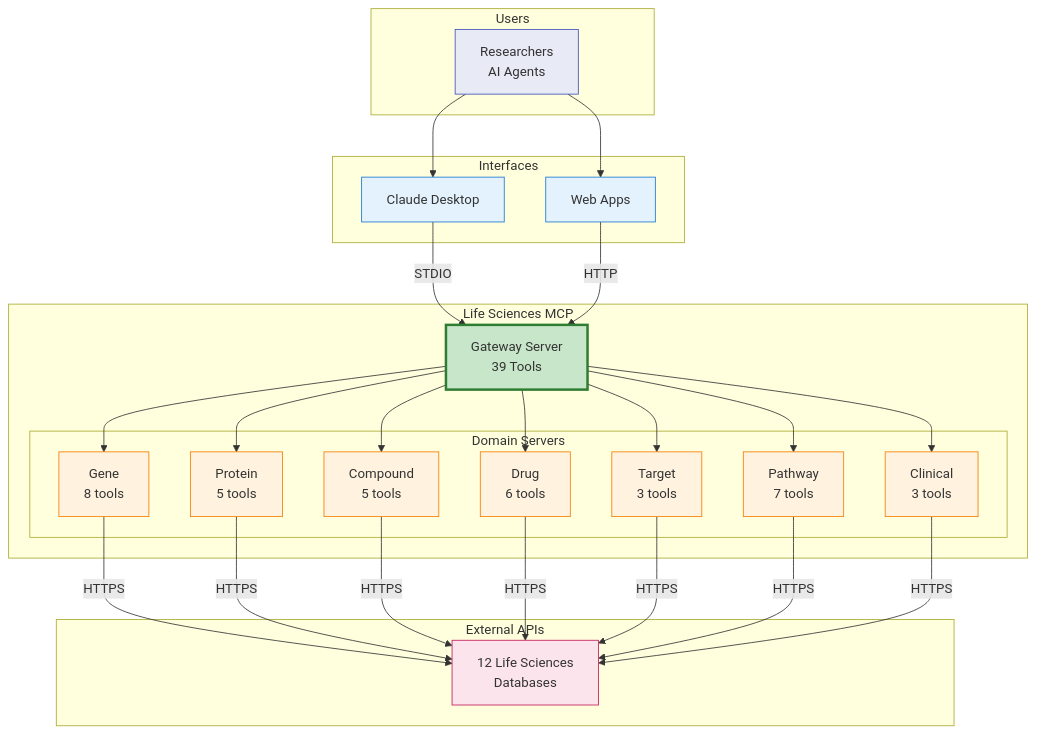
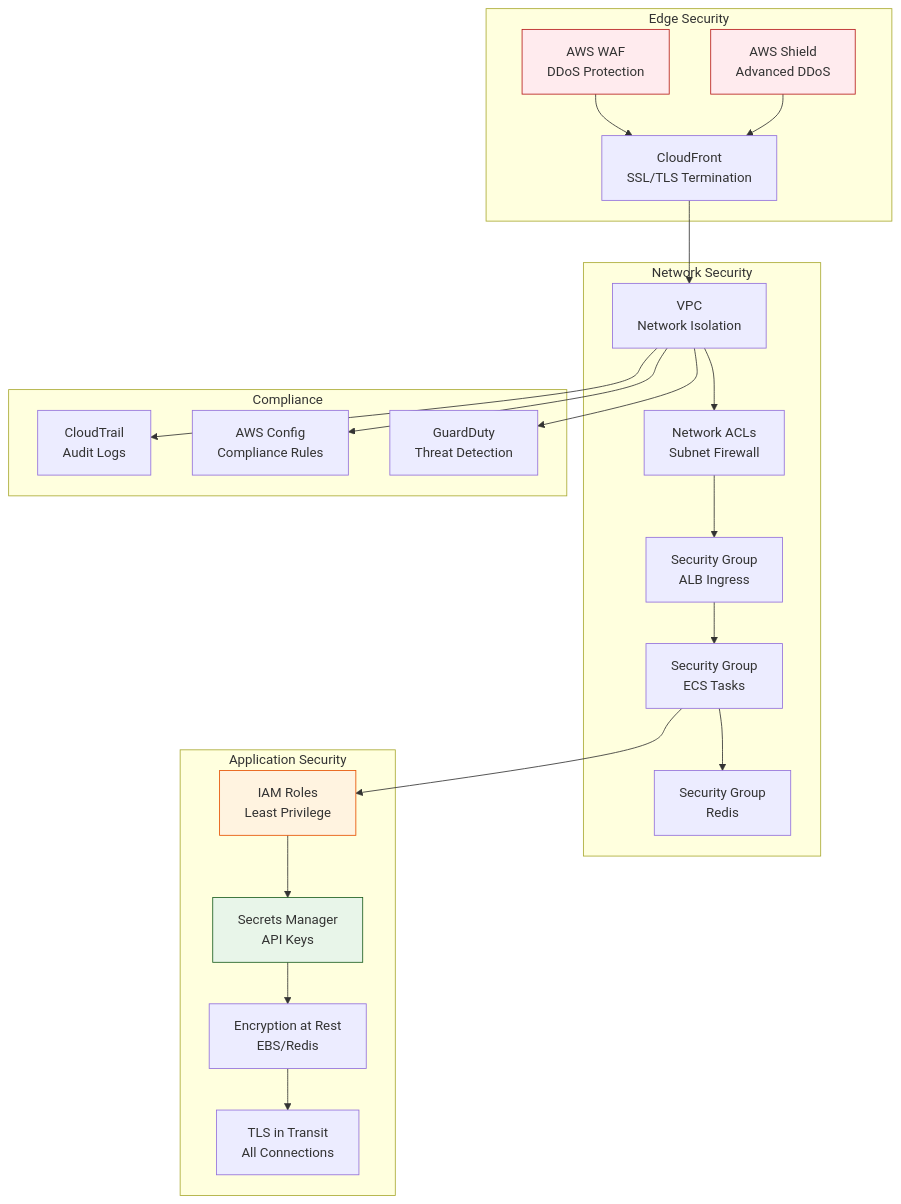
One commit to donbr/lifesciences-research changed the ninth of 11 diagrams in architecture/diagrams/06_deployment_architecture.md. Above: the diagram before and after it, drawn with Mermaid. The commit also changed other lines of this file and 8 other files, not shown here.

````diff
--- a/architecture/diagrams/06_deployment_architecture.md
+++ b/architecture/diagrams/06_deployment_architecture.md
@@ -624,47 +780,52 @@
 ```mermaid
 graph TB
-    subgraph "Users"
-        U[Researchers<br/>AI Agents]
+    subgraph "Edge Security"
+        WAF[AWS WAF<br/>DDoS Protection]
+        Shield[AWS Shield<br/>Advanced DDoS]
+        CloudFront[CloudFront<br/>SSL/TLS Termination]
     end
 
-    subgraph "Interfaces"
-        CD[Claude Desktop]
-        WEB[Web Apps]
+    subgraph "Network Security"
+        VPC[VPC<br/>Network Isolation]
+        NACL[Network ACLs<br/>Subnet Firewall]
+        SG_ALB[Security Group<br/>ALB Ingress]
+        SG_ECS[Security Group<br/>ECS Tasks]
+        SG_Redis[Security Group<br/>Redis]
     end
 
-    subgraph "Life Sciences MCP"
-        GW[Gateway Server<br/>39 Tools]
-
-        subgraph "Domain Servers"
-            GENE[Gene<br/>8 tools]
-            PROT[Protein<br/>5 tools]
-            COMP[Compound<br/>5 tools]
-            DRUG[Drug<br/>6 tools]
-            TARG[Target<br/>3 tools]
-            PATH[Pathway<br/>7 tools]
-            CLIN[Clinical<br/>3 tools]
-        end
+    subgraph "Application Security"
+        IAM[IAM Roles<br/>Least Privilege]
+        SecretsManager[Secrets Manager<br/>API Keys]
+        Encryption[Encryption at Rest<br/>EBS/Redis]
+        TLS[TLS in Transit<br/>All Connections]
     end
 
-    subgraph "External APIs"
-        EA[12 Life Sciences<br/>Databases]
+    subgraph "Compliance"
+        CloudTrail[CloudTrail<br/>Audit Logs]
+        Config[AWS Config<br/>Compliance Rules]
+        GuardDuty[GuardDuty<br/>Threat Detection]
     end
 
-    U --> CD & WEB
-    CD -->|STDIO| GW
-    WEB -->|HTTP| GW
-    GW --> GENE & PROT & COMP & DRUG & TARG & PATH & CLIN
-    GENE & PROT & COMP & DRUG & TARG & PATH & CLIN -->|HTTPS| EA
+    WAF --> CloudFront
+    Shield --> CloudFront
+    CloudFront --> VPC
 
-    classDef user fill:#e8eaf6,stroke:#3f51b5
-    classDef interface fill:#e3f2fd,stroke:#1976d2
-    classDef gateway fill:#c8e6c9,stroke:#2e7d32,stroke-width:3px
-    classDef server fill:#fff3e0,stroke:#f57c00
-    classDef api fill:#fce4ec,stroke:#c2185b
+    VPC --> NACL
+    NACL --> SG_ALB
+    SG_ALB --> SG_ECS
+    SG_ECS --> SG_Redis
 
-    class U user
-    class CD,WEB interface
-    class GW gateway
-    class GENE,PROT,COMP,DRUG,TARG,PATH,CLIN server
-    class EA api
+    SG_ECS --> IAM
+    IAM --> SecretsManager
+    SecretsManager --> Encryption
+    Encryption --> TLS
+
+    VPC --> CloudTrail
+    VPC --> Config
+    VPC --> GuardDuty
+
+    style WAF fill:#ffebee,stroke:#b71c1c
+    style Shield fill:#ffebee,stroke:#b71c1c
+    style IAM fill:#fff3e0,stroke:#e65100
+    style SecretsManager fill:#e8f5e9,stroke:#1b5e20
 ```
````
